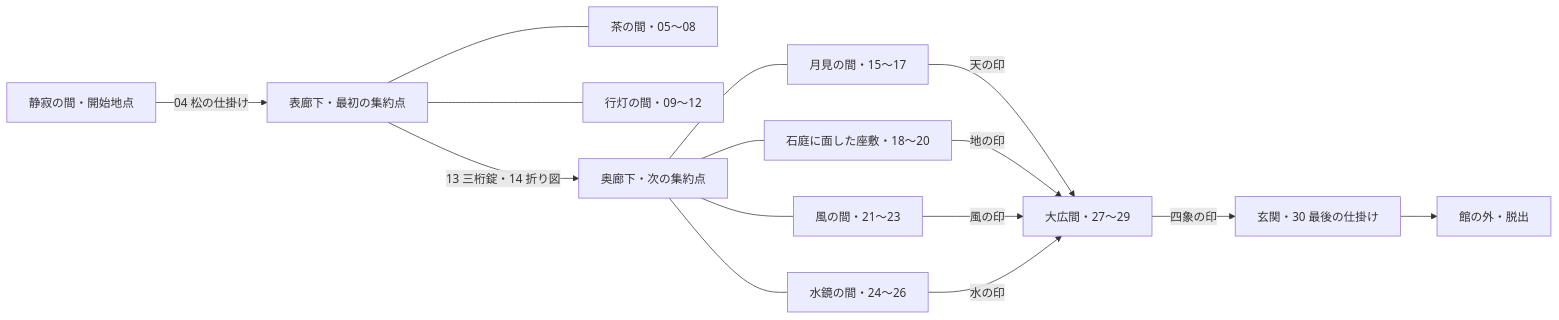
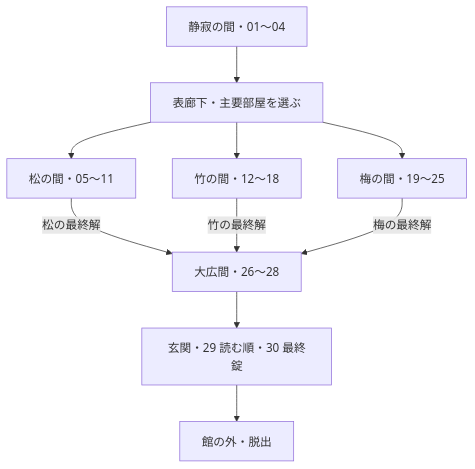
Before and after one commit to sin-skull/yohaku-room-escape: the diagram in docs/MANSION.md, drawn with Mermaid. The commit also changed other lines of this file and 20 other files, not shown here.

````diff
--- a/docs/MANSION.md
+++ b/docs/MANSION.md
@@ -7,17 +7,12 @@
 ```mermaid
-flowchart LR
-  startRoom["静寂の間・開始地点"] -->|"04 松の仕掛け"| firstHall["表廊下・最初の集約点"]
-  firstHall --- teaRoom["茶の間・05〜08"]
-  firstHall --- lanternRoom["行灯の間・09〜12"]
-  firstHall -->|"13 三桁錠・14 折り図"| innerHall["奥廊下・次の集約点"]
-  innerHall --- skyRoom["月見の間・15〜17"]
-  innerHall --- earthRoom["石庭に面した座敷・18〜20"]
-  innerHall --- windRoom["風の間・21〜23"]
-  innerHall --- waterRoom["水鏡の間・24〜26"]
-  skyRoom -->|"天の印"| greatHall["大広間・27〜29"]
-  earthRoom -->|"地の印"| greatHall
-  windRoom -->|"風の印"| greatHall
-  waterRoom -->|"水の印"| greatHall
-  greatHall -->|"四象の印"| entrance["玄関・30 最後の仕掛け"]
+flowchart TD
+  startRoom["静寂の間・01〜04"] --> hall["表廊下・主要部屋を選ぶ"]
+  hall --> pineRoom["松の間・05〜11"]
+  hall --> bambooRoom["竹の間・12〜18"]
+  hall --> plumRoom["梅の間・19〜25"]
+  pineRoom -->|"松の最終解"| greatHall["大広間・26〜28"]
+  bambooRoom -->|"竹の最終解"| greatHall
+  plumRoom -->|"梅の最終解"| greatHall
+  greatHall --> entrance["玄関・29 読む順・30 最終錠"]
   entrance --> outside["館の外・脱出"]
 ```
````
